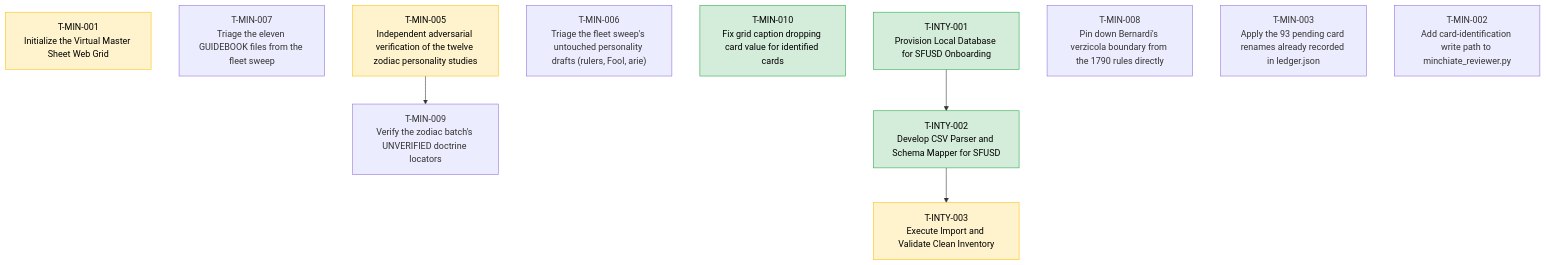
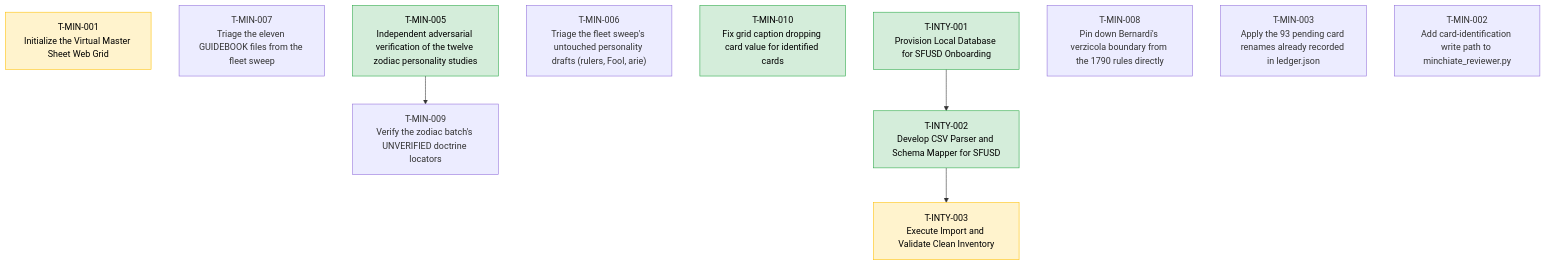
One commit to wgmilleriii/task_coordinator changed the diagram in TASKS.md. Above: the diagram before and after it, drawn with Mermaid. The commit also changed other lines of this file and 2 other files, not shown here.

Commit message:
review: T-MIN-005 second-order PASS — Verifier-F5's zodiac batch verification confirmed (Reviewer-F12)
Spot-checked the Gemini M-1 against the committed Love record (decline of the
most-easily-confused type confirmed real, correction properly disputed on the
record), recomputed Aquarius/Taurus/Gemini rank arithmetic from the registry,
fetched the Temperance section 3 resolver, and verified the nine-file numeral
correction against the candidate corpus. DoD, verification command, provenance
disclosure, and diff scope all satisfied. Task marked DONE.

````diff
--- a/TASKS.md
+++ b/TASKS.md
@@ -7,22 +7,22 @@
 ```mermaid
 graph TD
     classDef done fill:#d4edda,stroke:#28a745,color:#000;
     classDef blocked fill:#f8d7da,stroke:#dc3545,color:#000;
     classDef review fill:#fff3cd,stroke:#ffc107,color:#000;
     classDef active fill:#cce5ff,stroke:#007bff,color:#000;
     T-MIN-001["T-MIN-001<br/>Initialize the Virtual Master Sheet Web Grid"]:::review
     T-MIN-007["T-MIN-007<br/>Triage the eleven GUIDEBOOK files from the fleet sweep"]
     T-INTY-001["T-INTY-001<br/>Provision Local Database for SFUSD Onboarding"]:::done
     T-MIN-006["T-MIN-006<br/>Triage the fleet sweep's untouched personality drafts (rulers, Fool, arie)"]
     T-MIN-010["T-MIN-010<br/>Fix grid caption dropping card value for identified cards"]:::done
-    T-MIN-005["T-MIN-005<br/>Independent adversarial verification of the twelve zodiac personality studies"]:::review
+    T-MIN-005["T-MIN-005<br/>Independent adversarial verification of the twelve zodiac personality studies"]:::done
     T-MIN-009["T-MIN-009<br/>Verify the zodiac batch's UNVERIFIED doctrine locators"]
     T-MIN-005 --> T-MIN-009
     T-INTY-003["T-INTY-003<br/>Execute Import and Validate Clean Inventory"]:::review
     T-INTY-002 --> T-INTY-003
     T-INTY-002["T-INTY-002<br/>Develop CSV Parser and Schema Mapper for SFUSD"]:::done
     T-INTY-001 --> T-INTY-002
     T-MIN-008["T-MIN-008<br/>Pin down Bernardi's verzicola boundary from the 1790 rules directly"]
     T-MIN-003["T-MIN-003<br/>Apply the 93 pending card renames already recorded in ledger.json"]
     T-MIN-002["T-MIN-002<br/>Add card-identification write path to minchiate_reviewer.py"]
 ```
````
